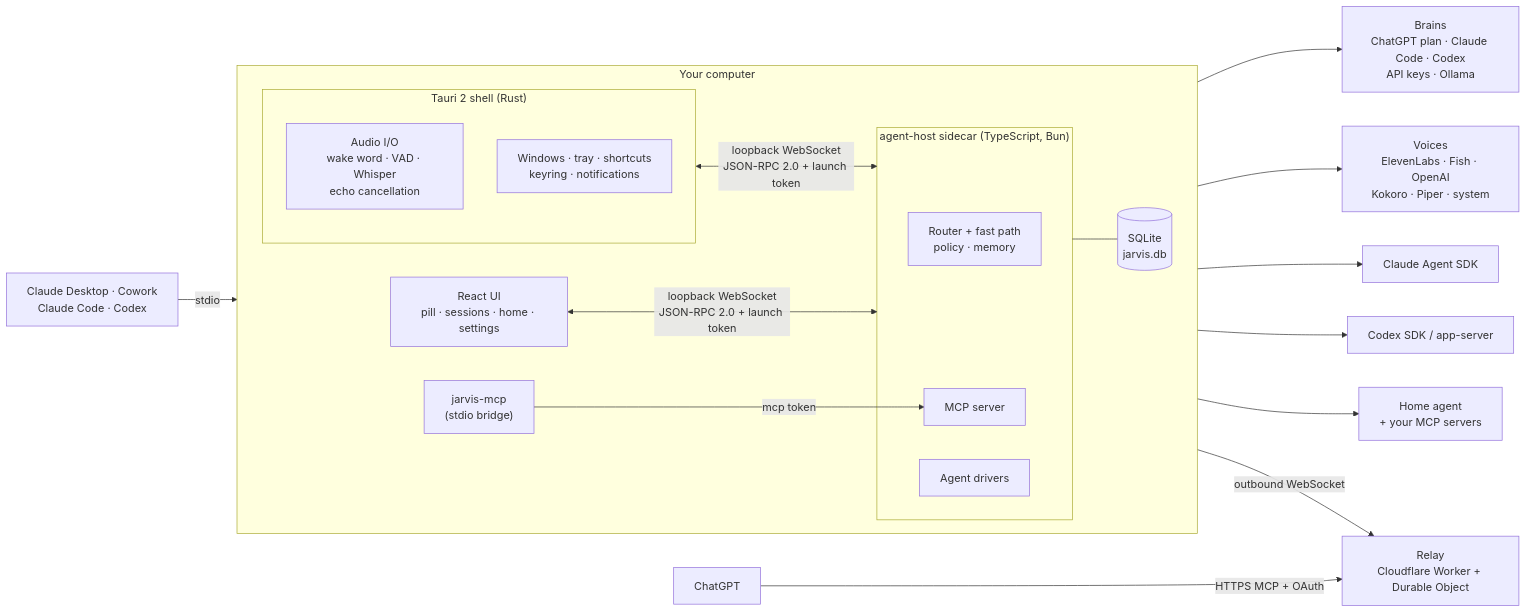
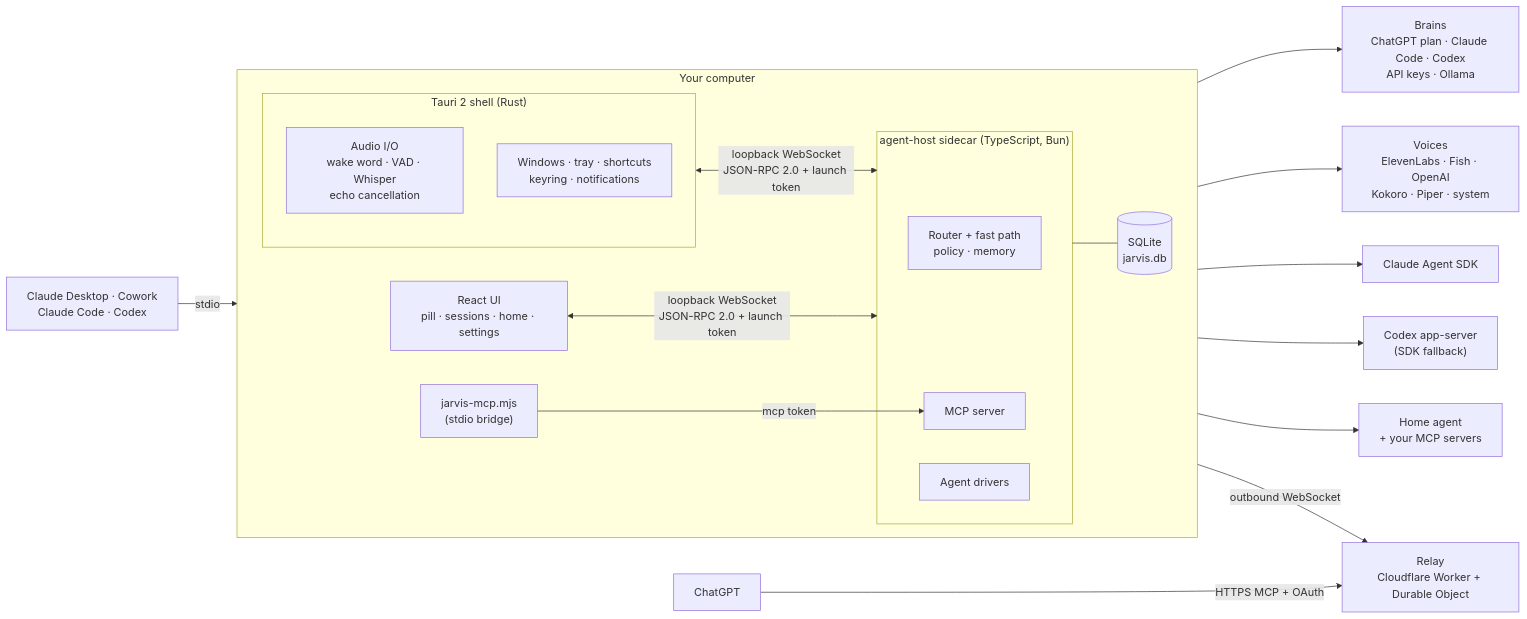
Before and after one commit to lopadova/jarvis-desktop: the first of 2 diagrams in docs/architecture/overview.md, drawn with Mermaid. The commit also changed other lines of this file and 34 other files, not shown here.

````diff
--- a/docs/architecture/overview.md
+++ b/docs/architecture/overview.md
@@ -7,33 +7,33 @@
 ```mermaid
 flowchart LR
   subgraph Desktop["Your computer"]
     direction LR
     subgraph Shell["Tauri 2 shell (Rust)"]
       A["Audio I/O<br/>wake word · VAD · Whisper<br/>echo cancellation"]
       W["Windows · tray · shortcuts<br/>keyring · notifications"]
     end
     UI["React UI<br/>pill · sessions · home · settings"]
     subgraph Sidecar["agent-host sidecar (TypeScript, Bun)"]
       R["Router + fast path<br/>policy · memory"]
       AG["Agent drivers"]
       MCPS["MCP server"]
     end
-    BR["jarvis-mcp<br/>(stdio bridge)"]
+    BR["jarvis-mcp.mjs<br/>(stdio bridge)"]
     DB[("SQLite<br/>jarvis.db")]
   end
 
   Shell <-- "loopback WebSocket<br/>JSON-RPC 2.0 + launch token" --> Sidecar
   UI <-- "loopback WebSocket<br/>JSON-RPC 2.0 + launch token" --> Sidecar
   Sidecar --- DB
 
   R --> P["Brains<br/>ChatGPT plan · Claude Code · Codex<br/>API keys · Ollama"]
   R --> T["Voices<br/>ElevenLabs · Fish · OpenAI<br/>Kokoro · Piper · system"]
   AG --> C1["Claude Agent SDK"]
-  AG --> C2["Codex SDK / app-server"]
+  AG --> C2["Codex app-server<br/>(SDK fallback)"]
   AG --> C3["Home agent<br/>+ your MCP servers"]
 
   CD["Claude Desktop · Cowork<br/>Claude Code · Codex"] -- stdio --> BR
   BR -- "mcp token" --> MCPS
   Sidecar -- "outbound WebSocket" --> RL["Relay<br/>Cloudflare Worker + Durable Object"]
   CG["ChatGPT"] -- "HTTPS MCP + OAuth" --> RL
 ```
````
